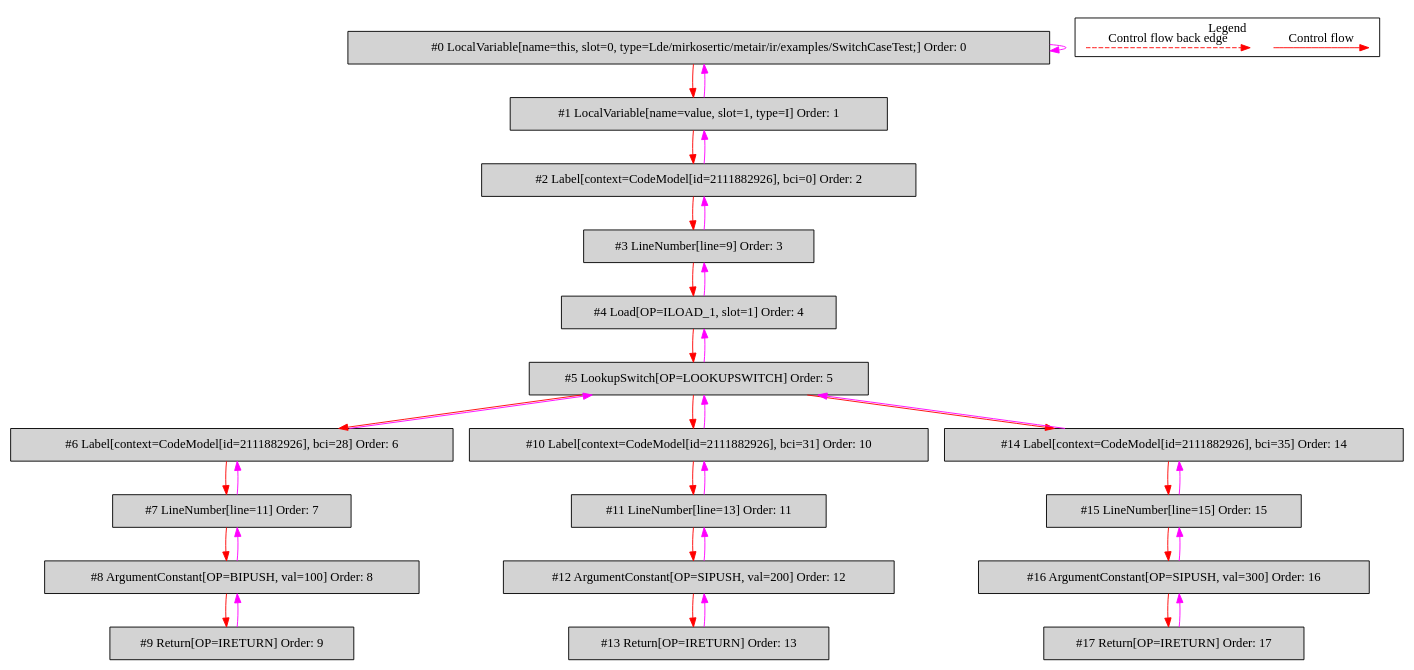
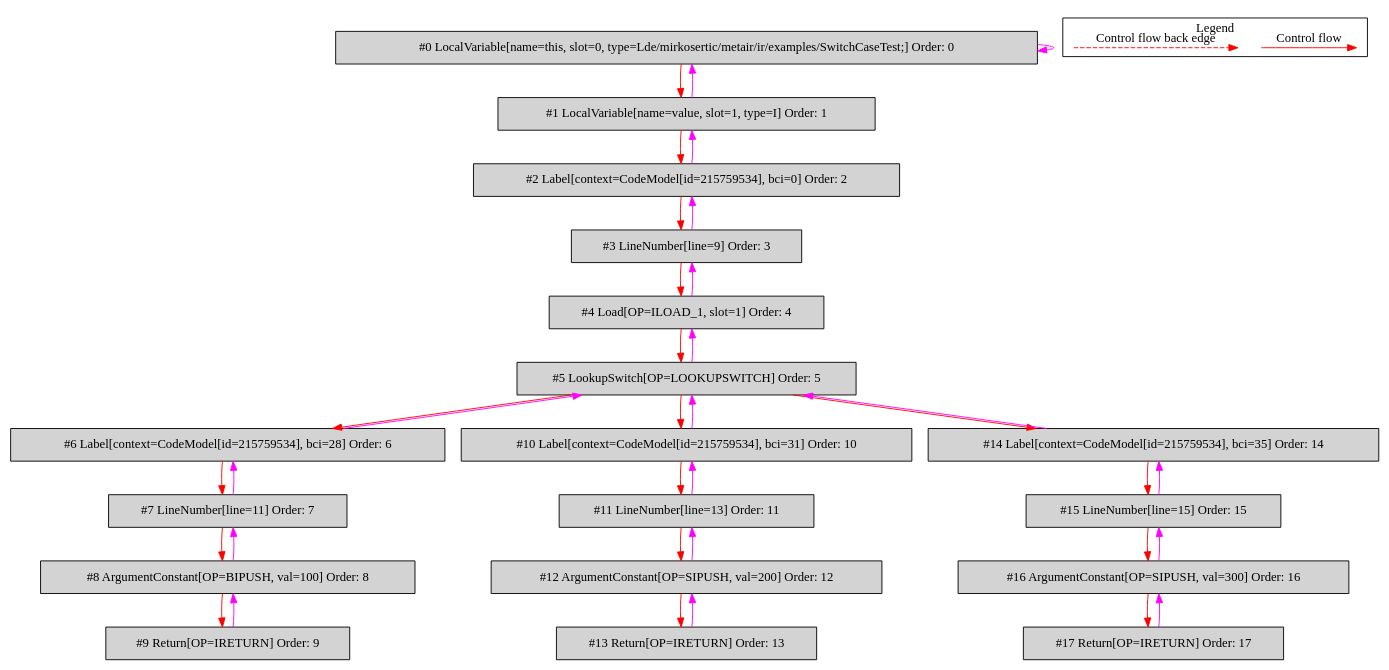
The diagram in de.mirkosertic.metair.ir.examples.SwitchCaseTest/simpleSwitch/bytecodecfg.dot (mirkosertic/MetaIR), drawn with Graphviz before and after one commit. The commit also changed 1222 other files, not shown here.

```diff
--- a/de.mirkosertic.metair.ir.examples.SwitchCaseTest/simpleSwitch/bytecodecfg.dot
+++ b/de.mirkosertic.metair.ir.examples.SwitchCaseTest/simpleSwitch/bytecodecfg.dot
@@ -1,70 +1,70 @@
 digraph {
  ordering="in";
  node0[label="#0 LocalVariable[name=this, slot=0, type=Lde/mirkosertic/metair/ir/examples/SwitchCaseTest;] Order: 0", shape=box, fillcolor=lightgrey, style=filled];
  node1[label="#1 LocalVariable[name=value, slot=1, type=I] Order: 1", shape=box, fillcolor=lightgrey, style=filled];
- node2[label="#2 Label[context=CodeModel[id=2111882926], bci=0] Order: 2", shape=box, fillcolor=lightgrey, style=filled];
+ node2[label="#2 Label[context=CodeModel[id=215759534], bci=0] Order: 2", shape=box, fillcolor=lightgrey, style=filled];
  node3[label="#3 LineNumber[line=9] Order: 3", shape=box, fillcolor=lightgrey, style=filled];
  node4[label="#4 Load[OP=ILOAD_1, slot=1] Order: 4", shape=box, fillcolor=lightgrey, style=filled];
  node5[label="#5 LookupSwitch[OP=LOOKUPSWITCH] Order: 5", shape=box, fillcolor=lightgrey, style=filled];
- node6[label="#6 Label[context=CodeModel[id=2111882926], bci=28] Order: 6", shape=box, fillcolor=lightgrey, style=filled];
+ node6[label="#6 Label[context=CodeModel[id=215759534], bci=28] Order: 6", shape=box, fillcolor=lightgrey, style=filled];
  node7[label="#7 LineNumber[line=11] Order: 7", shape=box, fillcolor=lightgrey, style=filled];
  node8[label="#8 ArgumentConstant[OP=BIPUSH, val=100] Order: 8", shape=box, fillcolor=lightgrey, style=filled];
  node9[label="#9 Return[OP=IRETURN] Order: 9", shape=box, fillcolor=lightgrey, style=filled];
- node10[label="#10 Label[context=CodeModel[id=2111882926], bci=31] Order: 10", shape=box, fillcolor=lightgrey, style=filled];
+ node10[label="#10 Label[context=CodeModel[id=215759534], bci=31] Order: 10", shape=box, fillcolor=lightgrey, style=filled];
  node11[label="#11 LineNumber[line=13] Order: 11", shape=box, fillcolor=lightgrey, style=filled];
  node12[label="#12 ArgumentConstant[OP=SIPUSH, val=200] Order: 12", shape=box, fillcolor=lightgrey, style=filled];
  node13[label="#13 Return[OP=IRETURN] Order: 13", shape=box, fillcolor=lightgrey, style=filled];
- node14[label="#14 Label[context=CodeModel[id=2111882926], bci=35] Order: 14", shape=box, fillcolor=lightgrey, style=filled];
+ node14[label="#14 Label[context=CodeModel[id=215759534], bci=35] Order: 14", shape=box, fillcolor=lightgrey, style=filled];
  node15[label="#15 LineNumber[line=15] Order: 15", shape=box, fillcolor=lightgrey, style=filled];
  node16[label="#16 ArgumentConstant[OP=SIPUSH, val=300] Order: 16", shape=box, fillcolor=lightgrey, style=filled];
  node17[label="#17 Return[OP=IRETURN] Order: 17", shape=box, fillcolor=lightgrey, style=filled];
  node0 -> node0[color=fuchsia];
  node0 -> node1[color=red];
  node1 -> node0[color=fuchsia];
  node1 -> node2[color=red];
  node2 -> node1[color=fuchsia];
  node2 -> node3[color=red];
  node3 -> node2[color=fuchsia];
  node3 -> node4[color=red];
  node4 -> node3[color=fuchsia];
  node4 -> node5[color=red];
  node5 -> node4[color=fuchsia];
  node5 -> node6[color=red];
  node6 -> node5[color=fuchsia];
  node6 -> node7[color=red];
  node7 -> node6[color=fuchsia];
  node7 -> node8[color=red];
  node8 -> node7[color=fuchsia];
  node8 -> node9[color=red];
  node9 -> node8[color=fuchsia];
  node5 -> node10[color=red];
  node10 -> node5[color=fuchsia];
  node10 -> node11[color=red];
  node11 -> node10[color=fuchsia];
  node11 -> node12[color=red];
  node12 -> node11[color=fuchsia];
  node12 -> node13[color=red];
  node13 -> node12[color=fuchsia];
  node5 -> node14[color=red];
  node14 -> node5[color=fuchsia];
  node14 -> node15[color=red];
  node15 -> node14[color=fuchsia];
  node15 -> node16[color=red];
  node16 -> node15[color=fuchsia];
  node16 -> node17[color=red];
  node17 -> node16[color=fuchsia];
  subgraph cluster_000 {
   label = "Legend";
   node [shape=point]
   {
    rank=same;
    c0 [style = invis];
    c1 [style = invis];
    c2 [style = invis];
    c3 [style = invis];
   }
   c0 -> c1 [label="Control flow", style=solid, color=red]
   c2 -> c3 [label="Control flow back edge", style=dashed, color=red]
  }
 
 }
```
